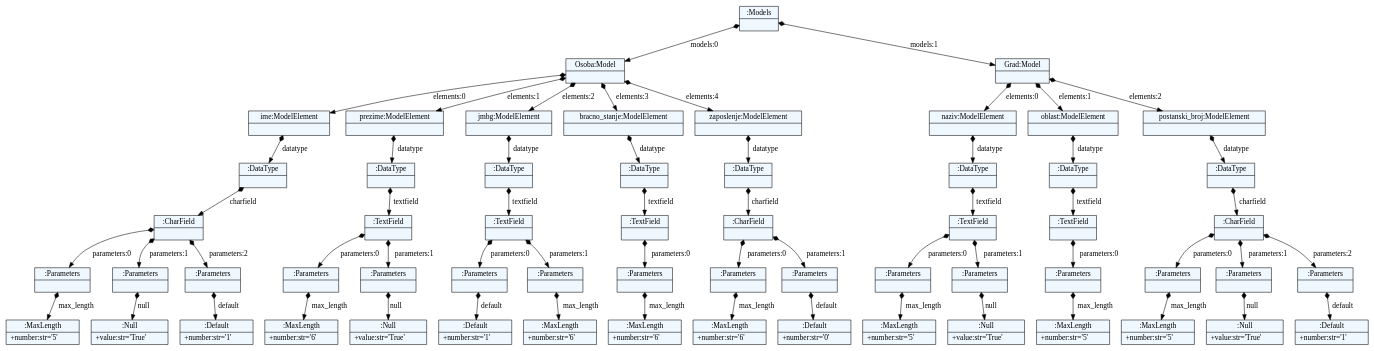
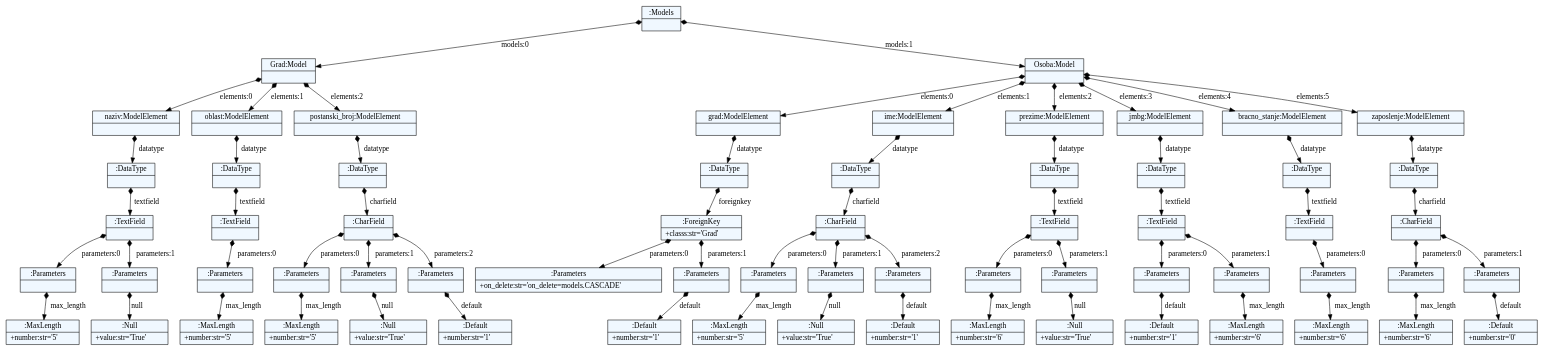
The diagram in test.dot (Booorkoo/JSD), drawn with Graphviz before and after one commit. The commit also changed 6 other files, not shown here.

Commit message:
Upotpunjena gramatika lgranicenjem ForeignKey i dodata mogucnost generisanja stranog kljuca u okviru fajlova models.py i initial.py.

```diff
--- a/test.dot
+++ b/test.dot
@@ -11,122 +11,134 @@
     edge[dir=black,arrowtail=empty]
 
 
-1817774571928 -> 1817774620800 [label="models:0" arrowtail=diamond dir=both]
-1817774620800 -> 1817774621024 [label="elements:0" arrowtail=diamond dir=both]
-1817774621024 -> 1817774621416 [label="datatype" arrowtail=diamond dir=both]
-1817774621416 -> 1817774621304 [label="charfield" arrowtail=diamond dir=both]
-1817774621304 -> 1817774621640 [label="parameters:0" arrowtail=diamond dir=both]
-1817774621640 -> 1817774621752 [label="max_length" arrowtail=diamond dir=both]
-1817774621752[label="{:MaxLength|+number:str='5'\l}"]
-1817774621640[label="{:Parameters|}"]
-1817774621304 -> 1817774621696 [label="parameters:1" arrowtail=diamond dir=both]
-1817774621696 -> 1817774480408 [label="null" arrowtail=diamond dir=both]
-1817774480408[label="{:Null|+value:str='True'\l}"]
-1817774621696[label="{:Parameters|}"]
-1817774621304 -> 1817774621808 [label="parameters:2" arrowtail=diamond dir=both]
-1817774621808 -> 1817774621864 [label="default" arrowtail=diamond dir=both]
-1817774621864[label="{:Default|+number:str='1'\l}"]
-1817774621808[label="{:Parameters|}"]
-1817774621304[label="{:CharField|}"]
-1817774621416[label="{:DataType|}"]
-1817774621024[label="{ime:ModelElement|}"]
-1817774620800 -> 1817774589936 [label="elements:1" arrowtail=diamond dir=both]
-1817774589936 -> 1817774621136 [label="datatype" arrowtail=diamond dir=both]
-1817774621136 -> 1817774621472 [label="textfield" arrowtail=diamond dir=both]
-1817774621472 -> 1817774622088 [label="parameters:0" arrowtail=diamond dir=both]
-1817774622088 -> 1817774622144 [label="max_length" arrowtail=diamond dir=both]
-1817774622144[label="{:MaxLength|+number:str='6'\l}"]
-1817774622088[label="{:Parameters|}"]
-1817774621472 -> 1817774621920 [label="parameters:1" arrowtail=diamond dir=both]
-1817774621920 -> 1817774622256 [label="null" arrowtail=diamond dir=both]
-1817774622256[label="{:Null|+value:str='True'\l}"]
-1817774621920[label="{:Parameters|}"]
-1817774621472[label="{:TextField|}"]
-1817774621136[label="{:DataType|}"]
-1817774589936[label="{prezime:ModelElement|}"]
-1817774620800 -> 1817774621192 [label="elements:2" arrowtail=diamond dir=both]
-1817774621192 -> 1817774621584 [label="datatype" arrowtail=diamond dir=both]
-1817774621584 -> 1817774622032 [label="textfield" arrowtail=diamond dir=both]
-1817774622032 -> 1817774622480 [label="parameters:0" arrowtail=diamond dir=both]
-1817774622480 -> 1817774622536 [label="default" arrowtail=diamond dir=both]
-1817774622536[label="{:Default|+number:str='1'\l}"]
-1817774622480[label="{:Parameters|}"]
-1817774622032 -> 1817774622424 [label="parameters:1" arrowtail=diamond dir=both]
-1817774622424 -> 1817774622648 [label="max_length" arrowtail=diamond dir=both]
-1817774622648[label="{:MaxLength|+number:str='6'\l}"]
-1817774622424[label="{:Parameters|}"]
-1817774622032[label="{:TextField|}"]
-1817774621584[label="{:DataType|}"]
-1817774621192[label="{jmbg:ModelElement|}"]
-1817774620800 -> 1817774621080 [label="elements:3" arrowtail=diamond dir=both]
-1817774621080 -> 1817774621976 [label="datatype" arrowtail=diamond dir=both]
-1817774621976 -> 1817774622312 [label="textfield" arrowtail=diamond dir=both]
-1817774622312 -> 1817774622872 [label="parameters:0" arrowtail=diamond dir=both]
-1817774622872 -> 1817774622928 [label="max_length" arrowtail=diamond dir=both]
-1817774622928[label="{:MaxLength|+number:str='6'\l}"]
-1817774622872[label="{:Parameters|}"]
-1817774622312[label="{:TextField|}"]
-1817774621976[label="{:DataType|}"]
-1817774621080[label="{bracno_stanje:ModelElement|}"]
-1817774620800 -> 1817774621360 [label="elements:4" arrowtail=diamond dir=both]
-1817774621360 -> 1817774622368 [label="datatype" arrowtail=diamond dir=both]
-1817774622368 -> 1817774622704 [label="charfield" arrowtail=diamond dir=both]
-1817774622704 -> 1817774623152 [label="parameters:0" arrowtail=diamond dir=both]
-1817774623152 -> 1817774623208 [label="max_length" arrowtail=diamond dir=both]
-1817774623208[label="{:MaxLength|+number:str='6'\l}"]
-1817774623152[label="{:Parameters|}"]
-1817774622704 -> 1817774623096 [label="parameters:1" arrowtail=diamond dir=both]
-1817774623096 -> 1817774623320 [label="default" arrowtail=diamond dir=both]
-1817774623320[label="{:Default|+number:str='0'\l}"]
-1817774623096[label="{:Parameters|}"]
-1817774622704[label="{:CharField|}"]
-1817774622368[label="{:DataType|}"]
-1817774621360[label="{zaposlenje:ModelElement|}"]
-1817774620800[label="{Osoba:Model|}"]
-1817774571928 -> 1817774620968 [label="models:1" arrowtail=diamond dir=both]
-1817774620968 -> 1817774621528 [label="elements:0" arrowtail=diamond dir=both]
-1817774621528 -> 1817774622816 [label="datatype" arrowtail=diamond dir=both]
-1817774622816 -> 1817774622984 [label="textfield" arrowtail=diamond dir=both]
-1817774622984 -> 1817774623488 [label="parameters:0" arrowtail=diamond dir=both]
-1817774623488 -> 1817774623656 [label="max_length" arrowtail=diamond dir=both]
-1817774623656[label="{:MaxLength|+number:str='5'\l}"]
-1817774623488[label="{:Parameters|}"]
-1817774622984 -> 1817774623600 [label="parameters:1" arrowtail=diamond dir=both]
-1817774623600 -> 1817774623768 [label="null" arrowtail=diamond dir=both]
-1817774623768[label="{:Null|+value:str='True'\l}"]
-1817774623600[label="{:Parameters|}"]
-1817774622984[label="{:TextField|}"]
-1817774622816[label="{:DataType|}"]
-1817774621528[label="{naziv:ModelElement|}"]
-1817774620968 -> 1817774622592 [label="elements:1" arrowtail=diamond dir=both]
-1817774622592 -> 1817774623264 [label="datatype" arrowtail=diamond dir=both]
-1817774623264 -> 1817774623544 [label="textfield" arrowtail=diamond dir=both]
-1817774623544 -> 1817774623992 [label="parameters:0" arrowtail=diamond dir=both]
-1817774623992 -> 1817774624048 [label="max_length" arrowtail=diamond dir=both]
-1817774624048[label="{:MaxLength|+number:str='5'\l}"]
-1817774623992[label="{:Parameters|}"]
-1817774623544[label="{:TextField|}"]
-1817774623264[label="{:DataType|}"]
-1817774622592[label="{oblast:ModelElement|}"]
-1817774620968 -> 1817774622760 [label="elements:2" arrowtail=diamond dir=both]
-1817774622760 -> 1817774623376 [label="datatype" arrowtail=diamond dir=both]
-1817774623376 -> 1817774623824 [label="charfield" arrowtail=diamond dir=both]
-1817774623824 -> 1817774624272 [label="parameters:0" arrowtail=diamond dir=both]
-1817774624272 -> 1817774624328 [label="max_length" arrowtail=diamond dir=both]
-1817774624328[label="{:MaxLength|+number:str='5'\l}"]
-1817774624272[label="{:Parameters|}"]
-1817774623824 -> 1817774624216 [label="parameters:1" arrowtail=diamond dir=both]
-1817774624216 -> 1817774624440 [label="null" arrowtail=diamond dir=both]
-1817774624440[label="{:Null|+value:str='True'\l}"]
-1817774624216[label="{:Parameters|}"]
-1817774623824 -> 1817774624384 [label="parameters:2" arrowtail=diamond dir=both]
-1817774624384 -> 1817774624496 [label="default" arrowtail=diamond dir=both]
-1817774624496[label="{:Default|+number:str='1'\l}"]
-1817774624384[label="{:Parameters|}"]
-1817774623824[label="{:CharField|}"]
-1817774623376[label="{:DataType|}"]
-1817774622760[label="{postanski_broj:ModelElement|}"]
-1817774620968[label="{Grad:Model|}"]
-1817774571928[label="{:Models|}"]
+2620023906432 -> 2620023945872 [label="models:0" arrowtail=diamond dir=both]
+2620023945872 -> 2620023946208 [label="elements:0" arrowtail=diamond dir=both]
+2620023946208 -> 2620023946656 [label="datatype" arrowtail=diamond dir=both]
+2620023946656 -> 2620023946376 [label="textfield" arrowtail=diamond dir=both]
+2620023946376 -> 2620023946880 [label="parameters:0" arrowtail=diamond dir=both]
+2620023946880 -> 2620023946992 [label="max_length" arrowtail=diamond dir=both]
+2620023946992[label="{:MaxLength|+number:str='5'\l}"]
+2620023946880[label="{:Parameters|}"]
+2620023946376 -> 2620023946936 [label="parameters:1" arrowtail=diamond dir=both]
+2620023946936 -> 2620023947104 [label="null" arrowtail=diamond dir=both]
+2620023947104[label="{:Null|+value:str='True'\l}"]
+2620023946936[label="{:Parameters|}"]
+2620023946376[label="{:TextField|}"]
+2620023946656[label="{:DataType|}"]
+2620023946208[label="{naziv:ModelElement|}"]
+2620023945872 -> 2620023946488 [label="elements:1" arrowtail=diamond dir=both]
+2620023946488 -> 2620023946600 [label="datatype" arrowtail=diamond dir=both]
+2620023946600 -> 2620023946824 [label="textfield" arrowtail=diamond dir=both]
+2620023946824 -> 2620023984256 [label="parameters:0" arrowtail=diamond dir=both]
+2620023984256 -> 2620023984312 [label="max_length" arrowtail=diamond dir=both]
+2620023984312[label="{:MaxLength|+number:str='5'\l}"]
+2620023984256[label="{:Parameters|}"]
+2620023946824[label="{:TextField|}"]
+2620023946600[label="{:DataType|}"]
+2620023946488[label="{oblast:ModelElement|}"]
+2620023945872 -> 2620023946264 [label="elements:2" arrowtail=diamond dir=both]
+2620023946264 -> 2620023946768 [label="datatype" arrowtail=diamond dir=both]
+2620023946768 -> 2620023947160 [label="charfield" arrowtail=diamond dir=both]
+2620023947160 -> 2620023984536 [label="parameters:0" arrowtail=diamond dir=both]
+2620023984536 -> 2620023984592 [label="max_length" arrowtail=diamond dir=both]
+2620023984592[label="{:MaxLength|+number:str='5'\l}"]
+2620023984536[label="{:Parameters|}"]
+2620023947160 -> 2620023984480 [label="parameters:1" arrowtail=diamond dir=both]
+2620023984480 -> 2620023984704 [label="null" arrowtail=diamond dir=both]
+2620023984704[label="{:Null|+value:str='True'\l}"]
+2620023984480[label="{:Parameters|}"]
+2620023947160 -> 2620023984648 [label="parameters:2" arrowtail=diamond dir=both]
+2620023984648 -> 2620023984760 [label="default" arrowtail=diamond dir=both]
+2620023984760[label="{:Default|+number:str='1'\l}"]
+2620023984648[label="{:Parameters|}"]
+2620023947160[label="{:CharField|}"]
+2620023946768[label="{:DataType|}"]
+2620023946264[label="{postanski_broj:ModelElement|}"]
+2620023945872[label="{Grad:Model|}"]
+2620023906432 -> 2620023946320 [label="models:1" arrowtail=diamond dir=both]
+2620023946320 -> 2620023946432 [label="elements:0" arrowtail=diamond dir=both]
+2620023946432 -> 2620023947216 [label="datatype" arrowtail=diamond dir=both]
+2620023947216 -> 2620023984368 [label="foreignkey" arrowtail=diamond dir=both]
+2620023984368 -> 2620023984984 [label="parameters:0" arrowtail=diamond dir=both]
+2620023984984[label="{:Parameters|+on_delete:str='on_delete=models.CASCADE'\l}"]
+2620023984368 -> 2620023985096 [label="parameters:1" arrowtail=diamond dir=both]
+2620023985096 -> 2620023985152 [label="default" arrowtail=diamond dir=both]
+2620023985152[label="{:Default|+number:str='1'\l}"]
+2620023985096[label="{:Parameters|}"]
+2620023984368[label="{:ForeignKey|+classs:str='Grad'\l}"]
+2620023947216[label="{:DataType|}"]
+2620023946432[label="{grad:ModelElement|}"]
+2620023946320 -> 2620023947048 [label="elements:1" arrowtail=diamond dir=both]
+2620023947048 -> 2620023984816 [label="datatype" arrowtail=diamond dir=both]
+2620023984816 -> 2620023984872 [label="charfield" arrowtail=diamond dir=both]
+2620023984872 -> 2620023985488 [label="parameters:0" arrowtail=diamond dir=both]
+2620023985488 -> 2620023985544 [label="max_length" arrowtail=diamond dir=both]
+2620023985544[label="{:MaxLength|+number:str='5'\l}"]
+2620023985488[label="{:Parameters|}"]
+2620023984872 -> 2620023985432 [label="parameters:1" arrowtail=diamond dir=both]
+2620023985432 -> 2620023985656 [label="null" arrowtail=diamond dir=both]
+2620023985656[label="{:Null|+value:str='True'\l}"]
+2620023985432[label="{:Parameters|}"]
+2620023984872 -> 2620023985600 [label="parameters:2" arrowtail=diamond dir=both]
+2620023985600 -> 2620023985712 [label="default" arrowtail=diamond dir=both]
+2620023985712[label="{:Default|+number:str='1'\l}"]
+2620023985600[label="{:Parameters|}"]
+2620023984872[label="{:CharField|}"]
+2620023984816[label="{:DataType|}"]
+2620023947048[label="{ime:ModelElement|}"]
+2620023946320 -> 2620023984200 [label="elements:2" arrowtail=diamond dir=both]
+2620023984200 -> 2620023985040 [label="datatype" arrowtail=diamond dir=both]
+2620023985040 -> 2620023985376 [label="textfield" arrowtail=diamond dir=both]
+2620023985376 -> 2620023985992 [label="parameters:0" arrowtail=diamond dir=both]
+2620023985992 -> 2620023986048 [label="max_length" arrowtail=diamond dir=both]
+2620023986048[label="{:MaxLength|+number:str='6'\l}"]
+2620023985992[label="{:Parameters|}"]
+2620023985376 -> 2620023985936 [label="parameters:1" arrowtail=diamond dir=both]
+2620023985936 -> 2620023986160 [label="null" arrowtail=diamond dir=both]
+2620023986160[label="{:Null|+value:str='True'\l}"]
+2620023985936[label="{:Parameters|}"]
+2620023985376[label="{:TextField|}"]
+2620023985040[label="{:DataType|}"]
+2620023984200[label="{prezime:ModelElement|}"]
+2620023946320 -> 2620023984424 [label="elements:3" arrowtail=diamond dir=both]
+2620023984424 -> 2620023985320 [label="datatype" arrowtail=diamond dir=both]
+2620023985320 -> 2620023985824 [label="textfield" arrowtail=diamond dir=both]
+2620023985824 -> 2620023986384 [label="parameters:0" arrowtail=diamond dir=both]
+2620023986384 -> 2620023986440 [label="default" arrowtail=diamond dir=both]
+2620023986440[label="{:Default|+number:str='1'\l}"]
+2620023986384[label="{:Parameters|}"]
+2620023985824 -> 2620023986328 [label="parameters:1" arrowtail=diamond dir=both]
+2620023986328 -> 2620023986552 [label="max_length" arrowtail=diamond dir=both]
+2620023986552[label="{:MaxLength|+number:str='6'\l}"]
+2620023986328[label="{:Parameters|}"]
+2620023985824[label="{:TextField|}"]
+2620023985320[label="{:DataType|}"]
+2620023984424[label="{jmbg:ModelElement|}"]
+2620023946320 -> 2620023984928 [label="elements:4" arrowtail=diamond dir=both]
+2620023984928 -> 2620023985880 [label="datatype" arrowtail=diamond dir=both]
+2620023985880 -> 2620023986216 [label="textfield" arrowtail=diamond dir=both]
+2620023986216 -> 2620023986776 [label="parameters:0" arrowtail=diamond dir=both]
+2620023986776 -> 2620023986832 [label="max_length" arrowtail=diamond dir=both]
+2620023986832[label="{:MaxLength|+number:str='6'\l}"]
+2620023986776[label="{:Parameters|}"]
+2620023986216[label="{:TextField|}"]
+2620023985880[label="{:DataType|}"]
+2620023984928[label="{bracno_stanje:ModelElement|}"]
+2620023946320 -> 2620023985208 [label="elements:5" arrowtail=diamond dir=both]
+2620023985208 -> 2620023986272 [label="datatype" arrowtail=diamond dir=both]
+2620023986272 -> 2620023986608 [label="charfield" arrowtail=diamond dir=both]
+2620023986608 -> 2620023987056 [label="parameters:0" arrowtail=diamond dir=both]
+2620023987056 -> 2620023987112 [label="max_length" arrowtail=diamond dir=both]
+2620023987112[label="{:MaxLength|+number:str='6'\l}"]
+2620023987056[label="{:Parameters|}"]
+2620023986608 -> 2620023987000 [label="parameters:1" arrowtail=diamond dir=both]
+2620023987000 -> 2620023987224 [label="default" arrowtail=diamond dir=both]
+2620023987224[label="{:Default|+number:str='0'\l}"]
+2620023987000[label="{:Parameters|}"]
+2620023986608[label="{:CharField|}"]
+2620023986272[label="{:DataType|}"]
+2620023985208[label="{zaposlenje:ModelElement|}"]
+2620023946320[label="{Osoba:Model|}"]
+2620023906432[label="{:Models|}"]
 
 }
```
